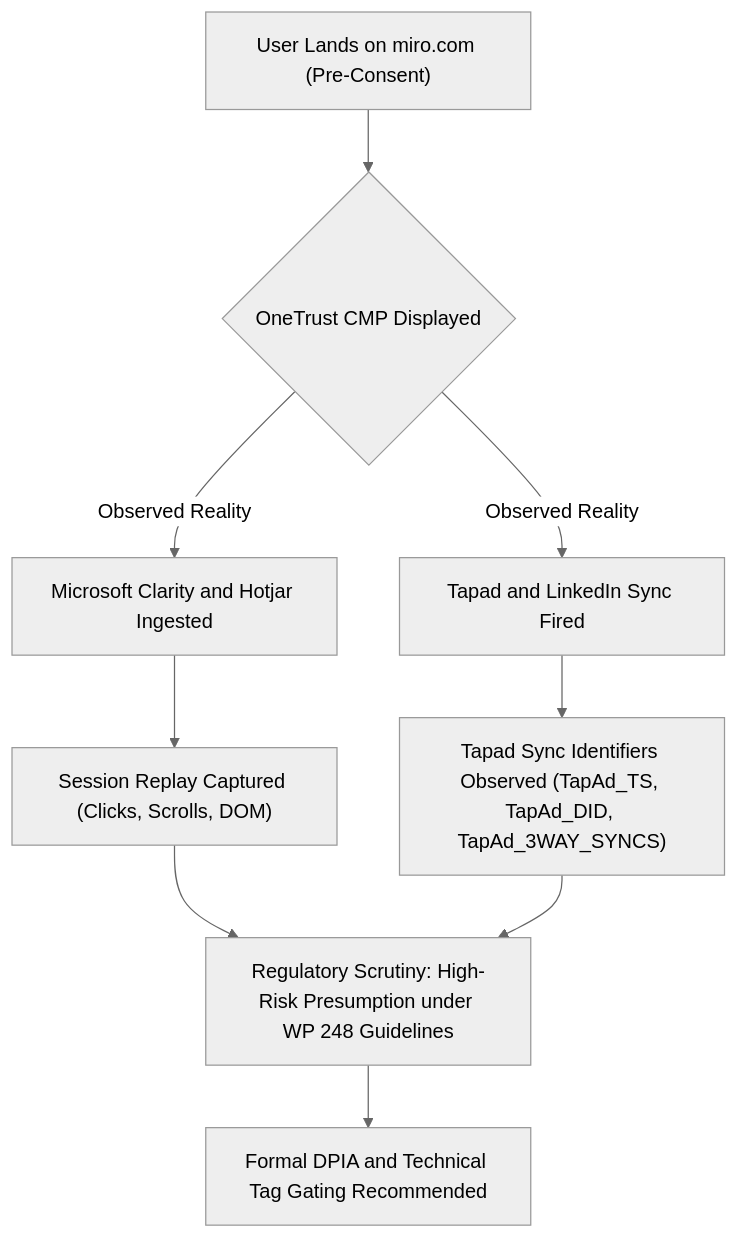
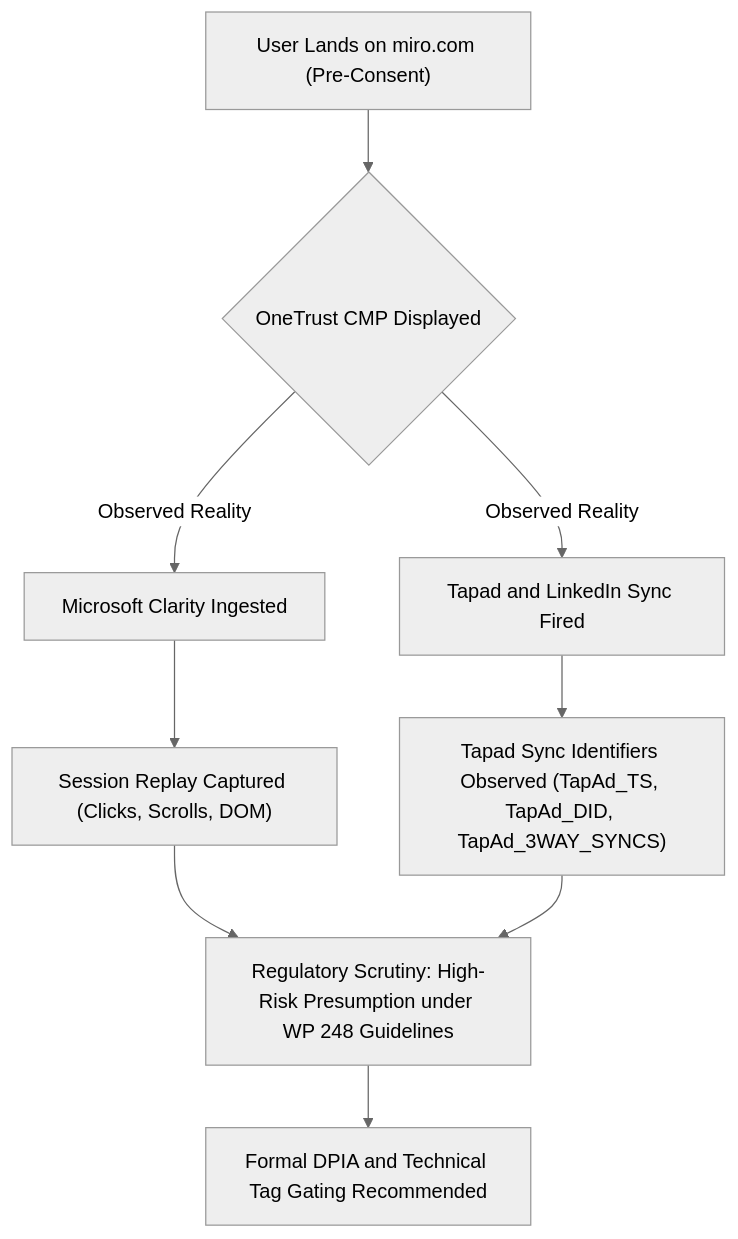
The diagram in 06_STEP6_DPIA_SCREENING_NOTE/DPIA_SCREENING_NOTE.md (tbinitial-cyber/Privacy-Engineering-GRC-Platform), drawn with Mermaid (neutral theme) before and after one commit. The commit also changed other lines of this file and 17 other files, not shown here.

````diff
--- a/06_STEP6_DPIA_SCREENING_NOTE/DPIA_SCREENING_NOTE.md
+++ b/06_STEP6_DPIA_SCREENING_NOTE/DPIA_SCREENING_NOTE.md
@@ -59,11 +59,11 @@
 ```mermaid
 flowchart TD
     A["User Lands on miro.com (Pre-Consent)"] --> B{"OneTrust CMP Displayed"}
-    B -->|Observed Reality| C["Microsoft Clarity and Hotjar Ingested"]
+    B -->|Observed Reality| C["Microsoft Clarity Ingested"]
     B -->|Observed Reality| D["Tapad and LinkedIn Sync Fired"]
     C --> E["Session Replay Captured (Clicks, Scrolls, DOM)"]
     D --> F["Tapad Sync Identifiers Observed (TapAd_TS, TapAd_DID, TapAd_3WAY_SYNCS)"]
     E --> G["Regulatory Scrutiny: High-Risk Presumption under WP 248 Guidelines"]
     F --> G
     G --> H["Formal DPIA and Technical Tag Gating Recommended"]
 ```
````
